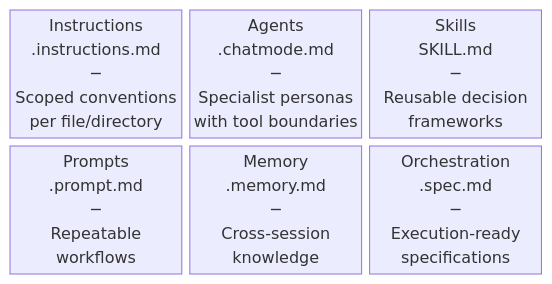
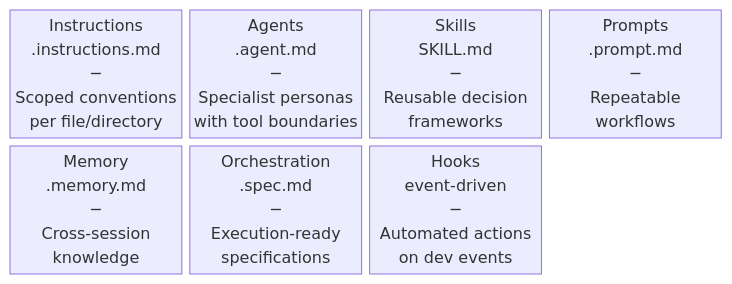
Before and after one commit to danielmeppiel/agentic-sdlc-handbook: the diagram in handbook/ch09-the-instrumented-codebase.qmd, drawn with Mermaid. The commit also changed other lines of this file and 10 other files, not shown here.

````diff
--- a/handbook/ch09-the-instrumented-codebase.qmd
+++ b/handbook/ch09-the-instrumented-codebase.qmd
@@ -27,10 +27,11 @@
 ```{mermaid}
 block-beta
-    columns 3
-    A["Instructions\n.instructions.md\n─\nScoped conventions\nper file/directory"]:1
-    B["Agents\n.chatmode.md\n─\nSpecialist personas\nwith tool boundaries"]:1
-    C["Skills\nSKILL.md\n─\nReusable decision\nframeworks"]:1
-    D["Prompts\n.prompt.md\n─\nRepeatable\nworkflows"]:1
-    E["Memory\n.memory.md\n─\nCross-session\nknowledge"]:1
-    F["Orchestration\n.spec.md\n─\nExecution-ready\nspecifications"]:1
+    columns 4
+    A["Instructions<br/>.instructions.md<br/>─<br/>Scoped conventions<br/>per file/directory"]:1
+    B["Agents<br/>.agent.md<br/>─<br/>Specialist personas<br/>with tool boundaries"]:1
+    C["Skills<br/>SKILL.md<br/>─<br/>Reusable decision<br/>frameworks"]:1
+    D["Prompts<br/>.prompt.md<br/>─<br/>Repeatable<br/>workflows"]:1
+    E["Memory<br/>.memory.md<br/>─<br/>Cross-session<br/>knowledge"]:1
+    F["Orchestration<br/>.spec.md<br/>─<br/>Execution-ready<br/>specifications"]:1
+    G["Hooks<br/>event-driven<br/>─<br/>Automated actions<br/>on dev events"]:1
 ```
````
